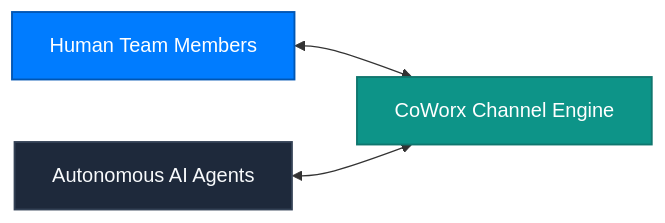
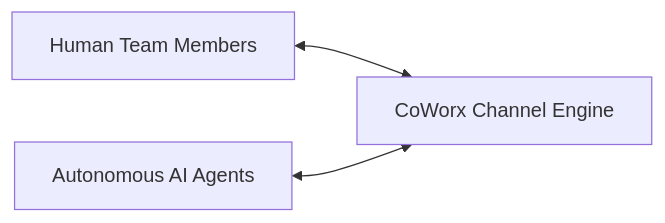
The diagram in guide/coworx/manual.mdx (Connex-Brothers-Consulting-Group/cbcg-hs-connex-docs), drawn with Mermaid before and after one commit. The commit also changed 24 other files, not shown here.

Commit message:
fix(docs): restore Lucide card icons, enforce transparent Mermaid line-art, add Cryptographic Kill Switch, and refine quiet luxury banner

````diff
--- a/guide/coworx/manual.mdx
+++ b/guide/coworx/manual.mdx
@@ -9,9 +9,5 @@
 ```mermaid
 graph LR
-    classDef primary fill:#007CFF,stroke:#0056B3,stroke-width:1.5px,color:#FFFFFF;
-    classDef enterprise fill:#1E293B,stroke:#334155,stroke-width:1.5px,color:#F8FAFC;
-    classDef accent fill:#0D9488,stroke:#0F766E,stroke-width:1.5px,color:#FFFFFF;
-
-    Team["Human Team Members"]:::primary <--> Hub["CoWorx Channel Engine"]:::accent
-    Agent["Autonomous AI Agents"]:::enterprise <--> Hub
+Team["Human Team Members"] <--> Hub["CoWorx Channel Engine"]
+    Agent["Autonomous AI Agents"] <--> Hub
 ```
````
